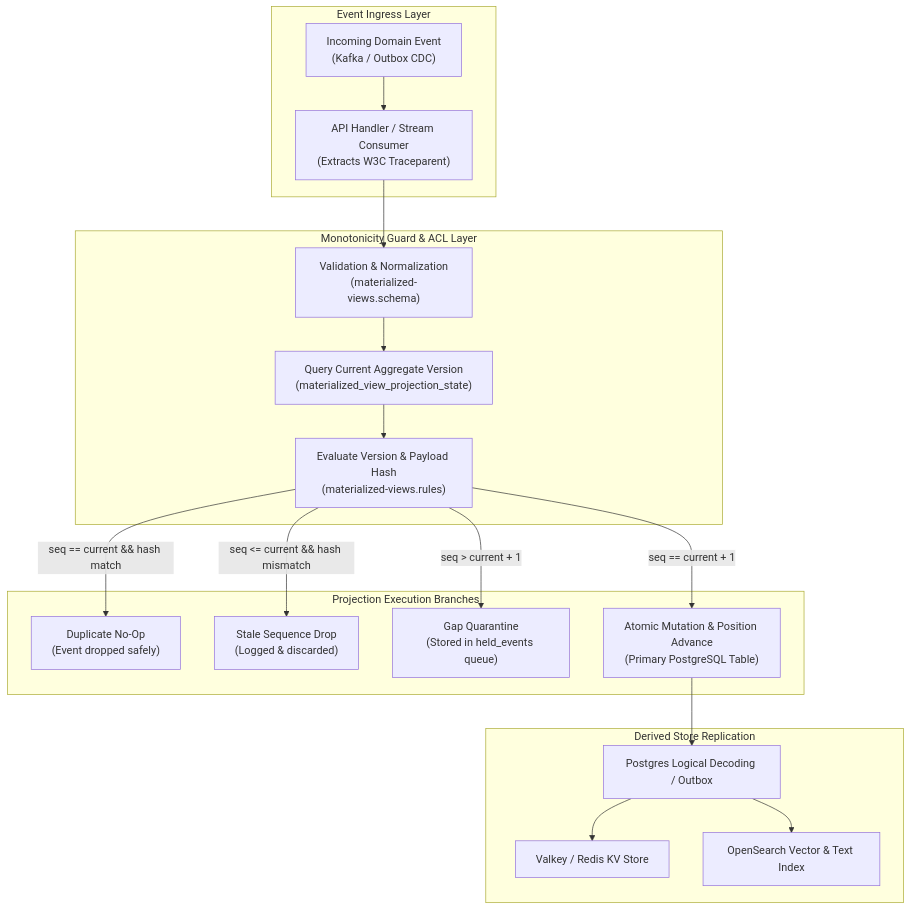
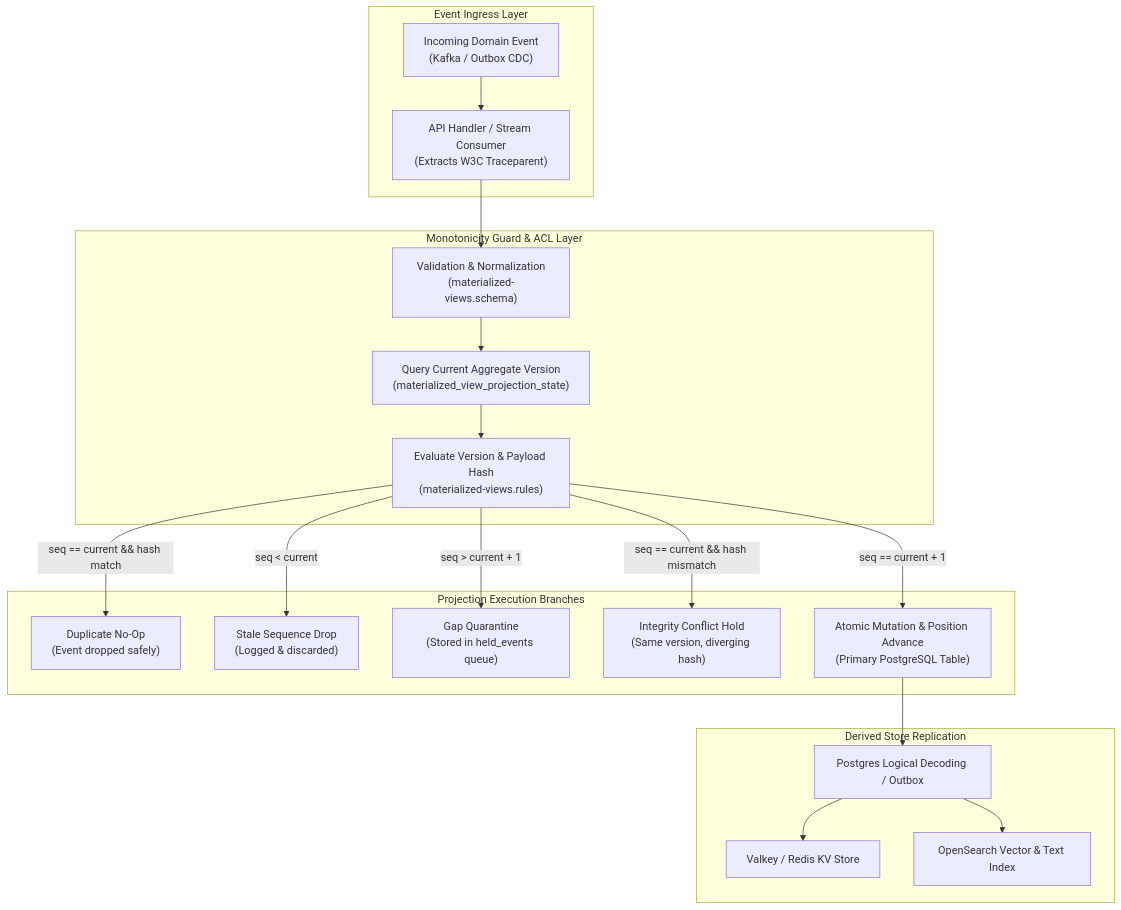
One commit to Chief-Strategist-J/event-driven-platform changed the first of 9 diagrams in docs/features/materialized-views/diagrams.md. Above: the diagram before and after it, drawn with Mermaid. The commit also changed other lines of this file and 1 other file, not shown here.

Commit message:
docs(materialized-views): add exhaustive adr sections, blue-green ddl lock sequence, polyglot versioning and crypto-shredding diagrams

````diff
--- a/docs/features/materialized-views/diagrams.md
+++ b/docs/features/materialized-views/diagrams.md
@@ -9,38 +9,40 @@
 ```mermaid
 flowchart TD
     subgraph Ingress ["Event Ingress Layer"]
         EV["Incoming Domain Event<br/>(Kafka / Outbox CDC)"]
         HD["API Handler / Stream Consumer<br/>(Extracts W3C Traceparent)"]
     end
 
     subgraph Guard ["Monotonicity Guard & ACL Layer"]
         VAL["Validation & Normalization<br/>(materialized-views.schema)"]
         STATE["Query Current Aggregate Version<br/>(materialized_view_projection_state)"]
         DEC["Evaluate Version & Payload Hash<br/>(materialized-views.rules)"]
     end
 
     subgraph Outcomes ["Projection Execution Branches"]
         DUP["Duplicate No-Op<br/>(Event dropped safely)"]
         STALE["Stale Sequence Drop<br/>(Logged & discarded)"]
         GAP["Gap Quarantine<br/>(Stored in held_events queue)"]
+        INTEG["Integrity Conflict Hold<br/>(Same version, diverging hash)"]
         APPLY["Atomic Mutation & Position Advance<br/>(Primary PostgreSQL Table)"]
     end
 
     subgraph Fanout ["Derived Store Replication"]
         CDC["Postgres Logical Decoding / Outbox"]
         REDIS["Valkey / Redis KV Store"]
         OS["OpenSearch Vector & Text Index"]
     end
 
     EV --> HD
     HD --> VAL
     VAL --> STATE
     STATE --> DEC
     DEC -->|seq == current && hash match| DUP
-    DEC -->|seq <= current && hash mismatch| STALE
+    DEC -->|seq < current| STALE
+    DEC -->|seq == current && hash mismatch| INTEG
     DEC -->|seq > current + 1| GAP
     DEC -->|seq == current + 1| APPLY
     APPLY --> CDC
     CDC --> REDIS
     CDC --> OS
 ```
````
